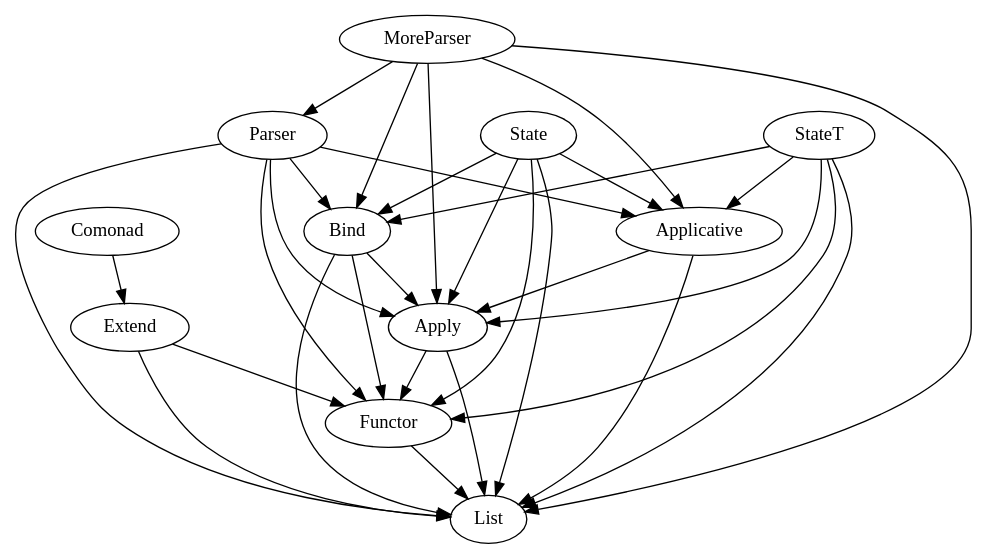
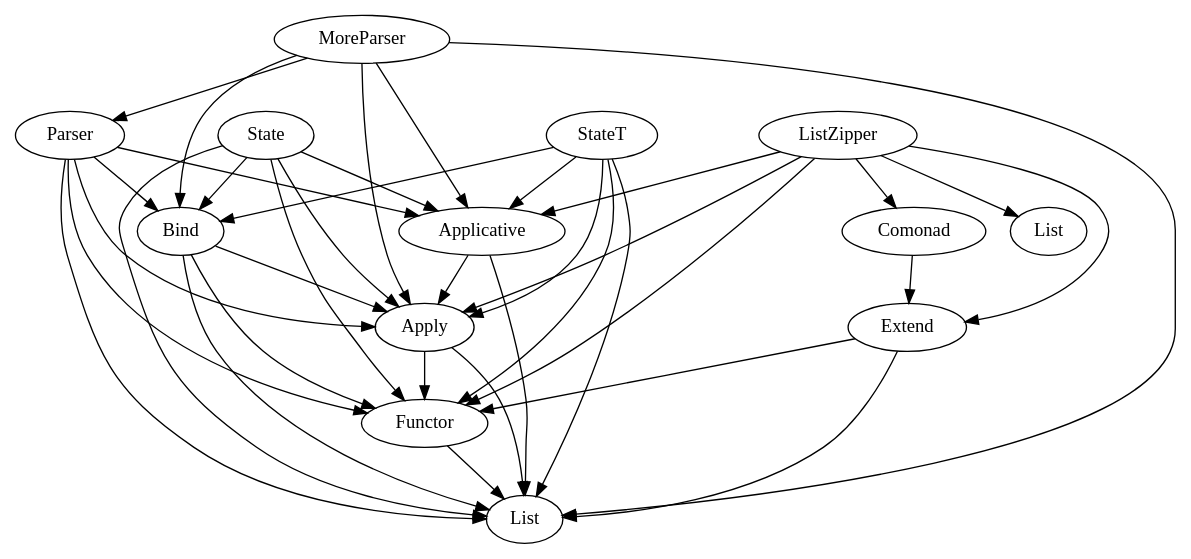
Before and after one commit to kkspeed/course: the diagram in share/deps/exercises.dot, drawn with Graphviz. The commit also changed 2 other files, not shown here.

Commit message:
Working on ListZipper...

```diff
--- a/share/deps/exercises.dot
+++ b/share/deps/exercises.dot
@@ -1,47 +1,54 @@
 digraph G {
     {
         list [label="List"];
         functor [label="Functor"];
         apply [label="Apply"];
         applicative [label="Applicative"];
         bind [label="Bind"];
         comonad [label="Comonad"];
         extend [label="Extend"];
         state [label="State"];
         stateT [label="StateT"];
         parser [label="Parser"];
-	moreparser [label="MoreParser"];
+        moreparser [label="MoreParser"];
+        listzipper [label="ListZipper"];
     }
 
     functor -> list;
     apply -> list;
     apply -> functor;
     applicative -> apply;
     applicative -> list;
     bind -> list;
     bind -> apply;
     bind -> functor;
     comonad -> extend;
     extend -> list;
     extend -> functor;
     state -> list;
     state -> functor;
     state -> apply;
     state -> applicative;
     state -> bind;
     stateT -> list;
     stateT -> functor;
     stateT -> apply;
     stateT -> applicative;
     stateT -> bind;
     parser -> list;
     parser -> functor;
     parser -> apply;
     parser -> applicative;
     parser -> bind;
     moreparser -> list;
     moreparser -> parser;
     moreparser -> applicative;
     moreparser -> apply;
     moreparser -> bind;
+    listzipper -> List;
+    listzipper -> functor;
+    listzipper -> apply;
+    listzipper -> applicative;
+    listzipper -> extend;
+    listzipper -> comonad;
 }
```
